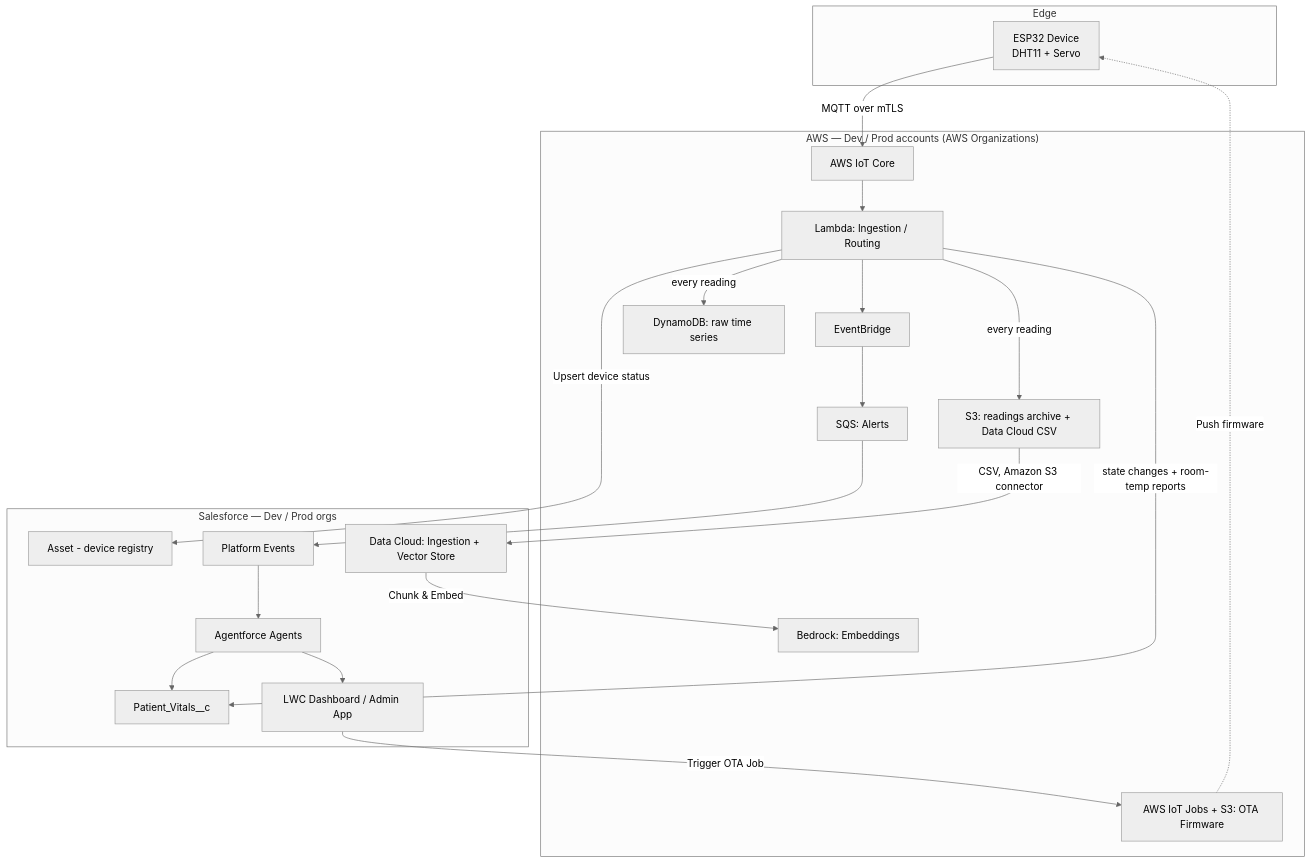
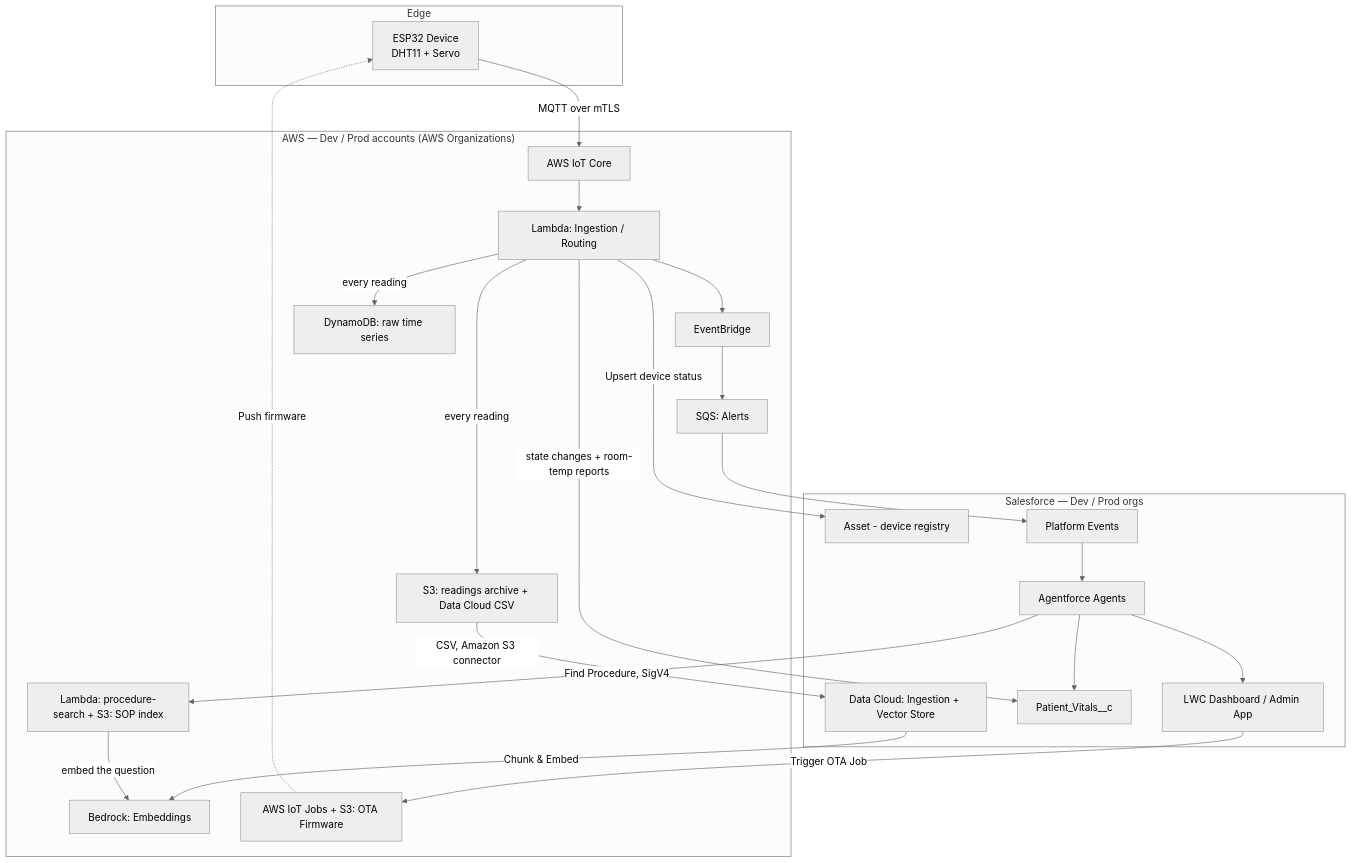
One commit to CloudArchitect101/Cloud-Agentic-IoT changed the diagram in README.md. Above: the diagram before and after it, drawn with Mermaid (neutral theme). The commit also changed other lines of this file and 4 other files, not shown here.

````diff
--- a/README.md
+++ b/README.md
@@ -43,43 +44,46 @@
 ```mermaid
 graph TB
     subgraph Edge
         A[ESP32 Device<br/>DHT11 + Servo]
     end
 
     subgraph "AWS — Dev / Prod accounts (AWS Organizations)"
         B[AWS IoT Core]
         C[Lambda: Ingestion / Routing]
         D[EventBridge]
         E[DynamoDB: raw time series]
         F[Bedrock: Embeddings]
         G[SQS: Alerts]
         H[AWS IoT Jobs + S3: OTA Firmware]
         S[S3: readings archive + Data Cloud CSV]
+        P[Lambda: procedure-search + S3: SOP index]
     end
 
     subgraph "Salesforce — Dev / Prod orgs"
         I[Asset - device registry]
         J[Data Cloud: Ingestion + Vector Store]
         K[Patient_Vitals__c]
         L[Platform Events]
         M[Agentforce Agents]
         N[LWC Dashboard / Admin App]
     end
 
     A -- MQTT over mTLS --> B
     B --> C
     C -- every reading --> E
     C -- state changes + room-temp reports --> K
     C --> D
     D --> G
     C -- every reading --> S
     S -- CSV, Amazon S3 connector --> J
     J -- Chunk & Embed --> F
     C -- Upsert device status --> I
     G --> L
     L --> M
     M --> K
+    M -- Find Procedure, SigV4 --> P
+    P -- embed the question --> F
     M --> N
     N -- Trigger OTA Job --> H
     H -. Push firmware .-> A
 ```
````
